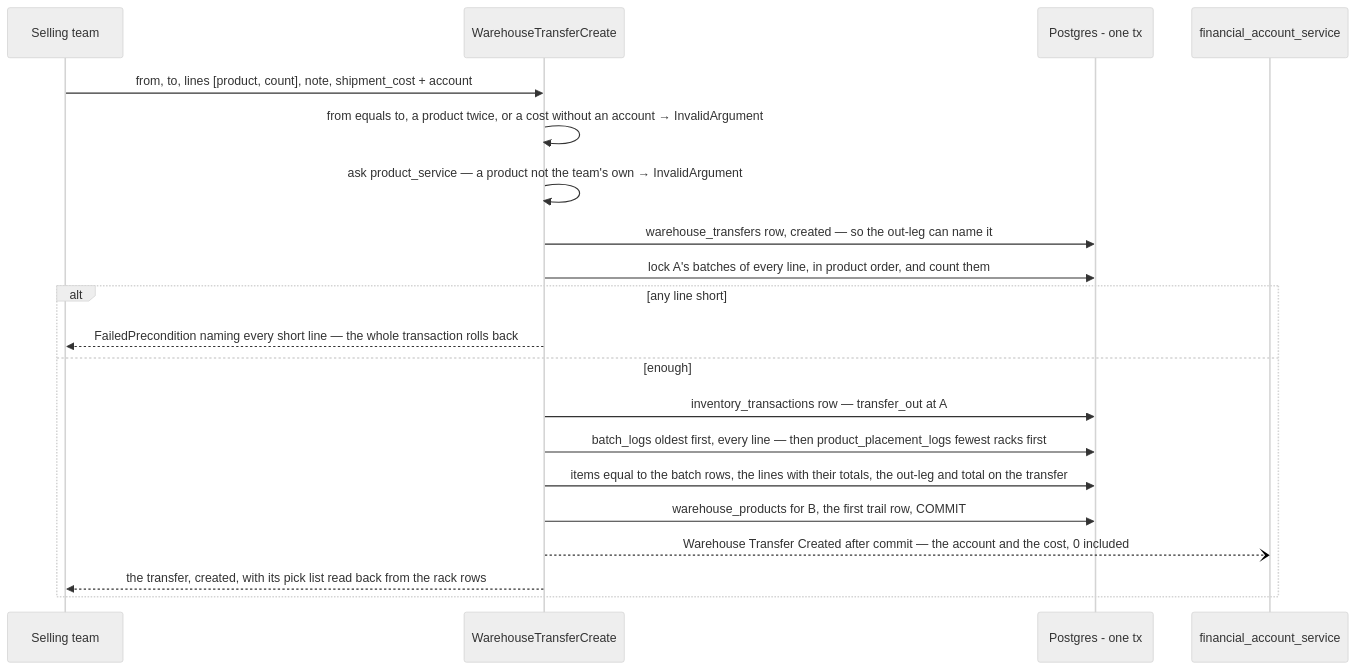
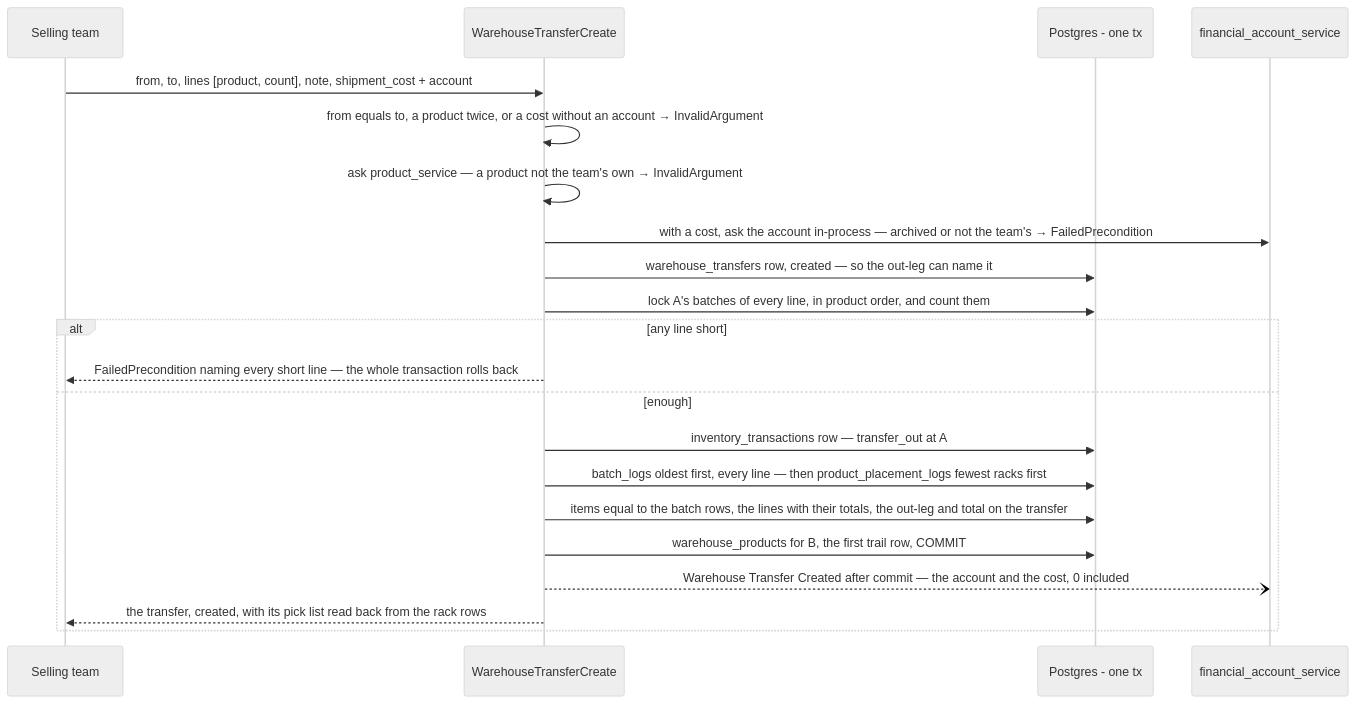
One commit to pdcgo/warehouse_revamp changed diagram 12 of 30 in docs/services/inventory_service/rpc.md. Above: the diagram before and after it, drawn with Mermaid (neutral theme). The commit also changed other lines of this file and 297 other files, not shown here.

````diff
--- a/docs/services/inventory_service/rpc.md
+++ b/docs/services/inventory_service/rpc.md
@@ -472,23 +472,24 @@
 ```mermaid
 sequenceDiagram
     participant S as Selling team
     participant H as WarehouseTransferCreate
     participant DB as Postgres - one tx
     participant F as financial_account_service
 
     S->>H: from, to, lines [product, count], note, shipment_cost + account
     H->>H: from equals to, a product twice, or a cost without an account → InvalidArgument
     H->>H: ask product_service — a product not the team's own → InvalidArgument
+    H->>F: with a cost, ask the account in-process — archived or not the team's → FailedPrecondition
     H->>DB: warehouse_transfers row, created — so the out-leg can name it
     H->>DB: lock A's batches of every line, in product order, and count them
     alt any line short
         H-->>S: FailedPrecondition naming every short line — the whole transaction rolls back
     else enough
         H->>DB: inventory_transactions row — transfer_out at A
         H->>DB: batch_logs oldest first, every line — then product_placement_logs fewest racks first
         H->>DB: items equal to the batch rows, the lines with their totals, the out-leg and total on the transfer
         H->>DB: warehouse_products for B, the first trail row, COMMIT
         H--)F: Warehouse Transfer Created after commit — the account and the cost, 0 included
         H-->>S: the transfer, created, with its pick list read back from the rack rows
     end
 ```
````
